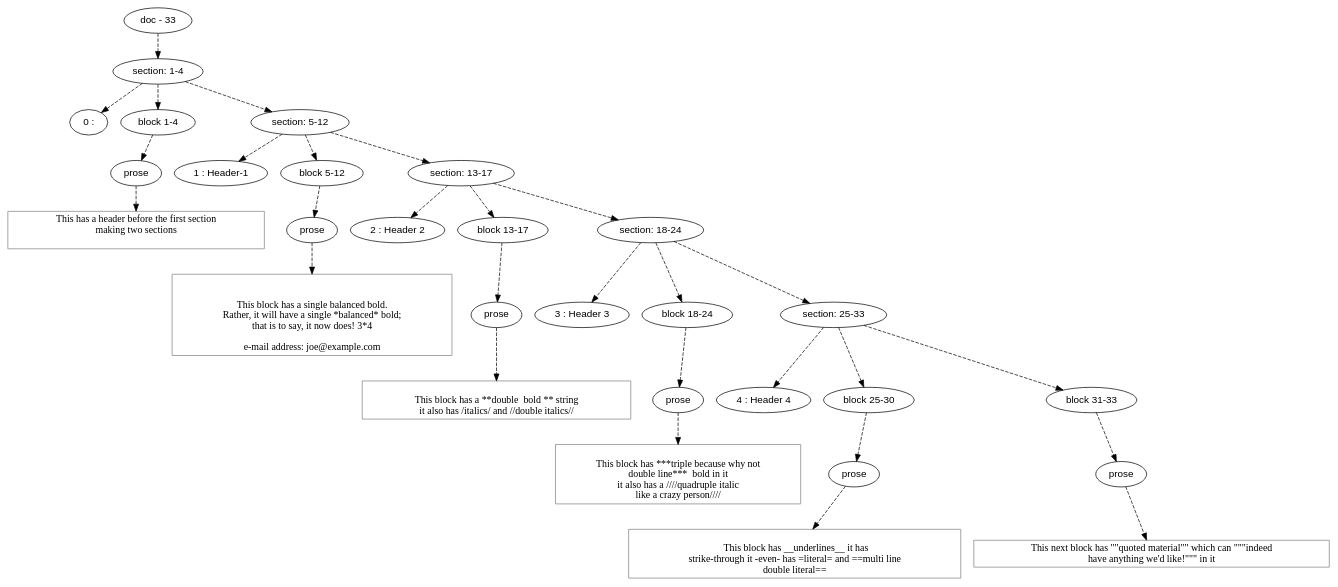
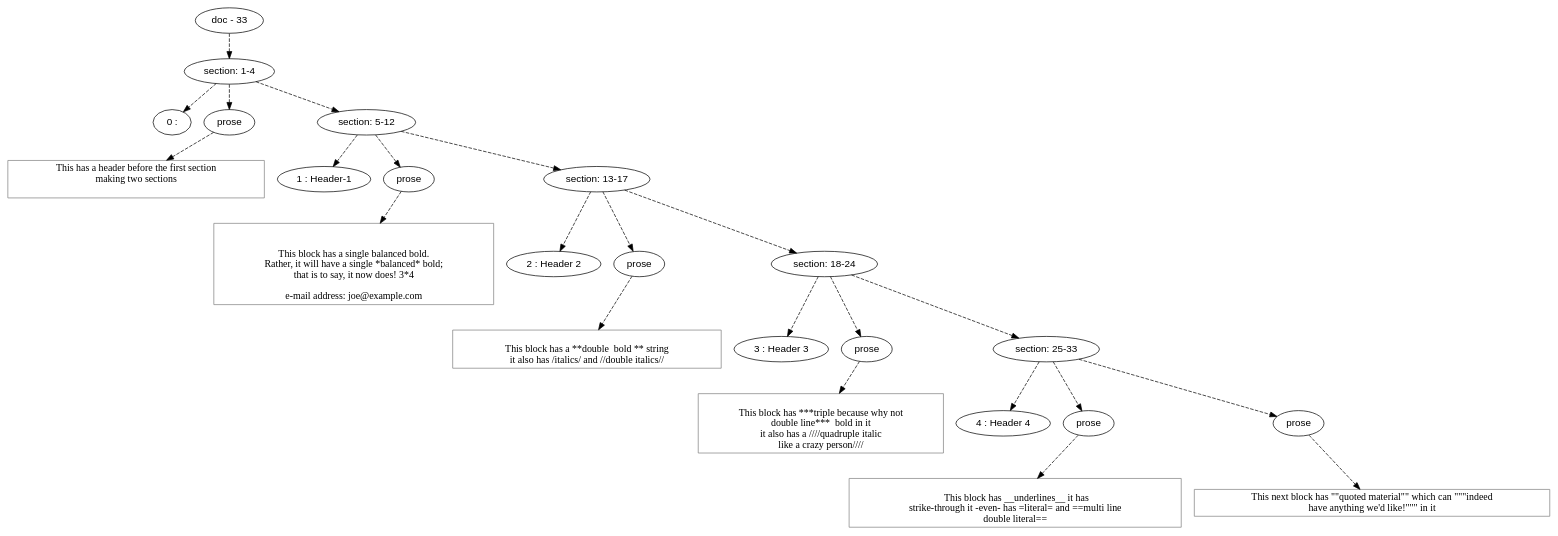
The diagram in orb/dot/samples/header-with-basic-block.gm.dot (mnemnion/orb), drawn with Graphviz before and after one commit. The commit also changed 117 other files, not shown here.

```diff
--- a/orb/dot/samples/header-with-basic-block.gm.dot
+++ b/orb/dot/samples/header-with-basic-block.gm.dot
@@ -1,137 +1,101 @@
 digraph hierarchy {
 
 node [fontname=Helvetica]
 edge [style=dashed]
 
 doc_0 [label="doc - 33"]
 
 
 doc_0 -> { section_1}
 {rank=same; section_1}
 
 section_1 [label="section: 1-4"]
 
 
-section_1 -> { header_2 block_3 section_4}
-{rank=same; header_2 block_3 section_4}
+section_1 -> { header_2 prose_3 section_4}
+{rank=same; header_2 prose_3 section_4}
 
 header_2 [label="0 : "]
 
-block_3 [label="block 1-4"]
+prose_3 [label="prose"]
 
 section_4 [label="section: 5-12"]
 
 
-block_3 -> { prose_5}
-{rank=same; prose_5}
-
-prose_5 [label="prose"]
-
-
-prose_5 -> leaf_6
-leaf_6  [color=Gray,shape=rectangle,fontname=Inconsolata,label="This has a header before the first section
+prose_3 -> leaf_5
+leaf_5  [color=Gray,shape=rectangle,fontname=Inconsolata,label="This has a header before the first section
 making two sections
        
 "]
-section_4 -> { header_7 block_8 section_9}
-{rank=same; header_7 block_8 section_9}
+section_4 -> { header_6 prose_7 section_8}
+{rank=same; header_6 prose_7 section_8}
 
-header_7 [label="1 : Header-1"]
+header_6 [label="1 : Header-1"]
 
-block_8 [label="block 5-12"]
+prose_7 [label="prose"]
 
-section_9 [label="section: 13-17"]
+section_8 [label="section: 13-17"]
 
 
-block_8 -> { prose_10}
-{rank=same; prose_10}
-
-prose_10 [label="prose"]
-
-
-prose_10 -> leaf_11
-leaf_11  [color=Gray,shape=rectangle,fontname=Inconsolata,label="
+prose_7 -> leaf_9
+leaf_9  [color=Gray,shape=rectangle,fontname=Inconsolata,label="
 
 This block has a single balanced bold.
 Rather, it will have a single *balanced* bold;
 that is to say, it now does! 3*4
  
 e-mail address: joe@example.com"]
-section_9 -> { header_12 block_13 section_14}
-{rank=same; header_12 block_13 section_14}
+section_8 -> { header_10 prose_11 section_12}
+{rank=same; header_10 prose_11 section_12}
 
-header_12 [label="2 : Header 2"]
+header_10 [label="2 : Header 2"]
 
-block_13 [label="block 13-17"]
+prose_11 [label="prose"]
 
-section_14 [label="section: 18-24"]
+section_12 [label="section: 18-24"]
 
 
-block_13 -> { prose_15}
-{rank=same; prose_15}
+prose_11 -> leaf_13
+leaf_13  [color=Gray,shape=rectangle,fontname=Inconsolata,label="
+This block has a **double  bold ** string
+it also has /italics/ and //double italics//
+"]
+section_12 -> { header_14 prose_15 section_16}
+{rank=same; header_14 prose_15 section_16}
+
+header_14 [label="3 : Header 3"]
 
 prose_15 [label="prose"]
 
-
-prose_15 -> leaf_16
-leaf_16  [color=Gray,shape=rectangle,fontname=Inconsolata,label="
-This block has a **double  bold ** string
-it also has /italics/ and //double italics//
-"]
-section_14 -> { header_17 block_18 section_19}
-{rank=same; header_17 block_18 section_19}
-
-header_17 [label="3 : Header 3"]
-
-block_18 [label="block 18-24"]
-
-section_19 [label="section: 25-33"]
+section_16 [label="section: 25-33"]
 
 
-block_18 -> { prose_20}
-{rank=same; prose_20}
-
-prose_20 [label="prose"]
-
-
-prose_20 -> leaf_21
-leaf_21  [color=Gray,shape=rectangle,fontname=Inconsolata,label="
+prose_15 -> leaf_17
+leaf_17  [color=Gray,shape=rectangle,fontname=Inconsolata,label="
 This block has ***triple because why not
 double line***  bold in it
 it also has a ////quadruple italic
 like a crazy person////
 "]
-section_19 -> { header_22 block_23 block_24}
-{rank=same; header_22 block_23 block_24}
+section_16 -> { header_18 prose_19 prose_20}
+{rank=same; header_18 prose_19 prose_20}
 
-header_22 [label="4 : Header 4"]
+header_18 [label="4 : Header 4"]
 
-block_23 [label="block 25-30"]
+prose_19 [label="prose"]
 
-block_24 [label="block 31-33"]
+prose_20 [label="prose"]
 
 
-block_23 -> { prose_25}
-{rank=same; prose_25}
-
-prose_25 [label="prose"]
-
-
-prose_25 -> leaf_26
-leaf_26  [color=Gray,shape=rectangle,fontname=Inconsolata,label="
+prose_19 -> leaf_21
+leaf_21  [color=Gray,shape=rectangle,fontname=Inconsolata,label="
   This block has __underlines__ it has 
 strike-through it -even- has =literal= and ==multi line
 double literal==
 "]
-block_24 -> { prose_27}
-{rank=same; prose_27}
-
-prose_27 [label="prose"]
-
-
-prose_27 -> leaf_28
-leaf_28  [color=Gray,shape=rectangle,fontname=Inconsolata,label="This next block has \"\"quoted material\"\" which can \"\"\"indeed
+prose_20 -> leaf_22
+leaf_22  [color=Gray,shape=rectangle,fontname=Inconsolata,label="This next block has \"\"quoted material\"\" which can \"\"\"indeed
 have anything we'd like!\"\"\" in it
 "]
 
 }
```
